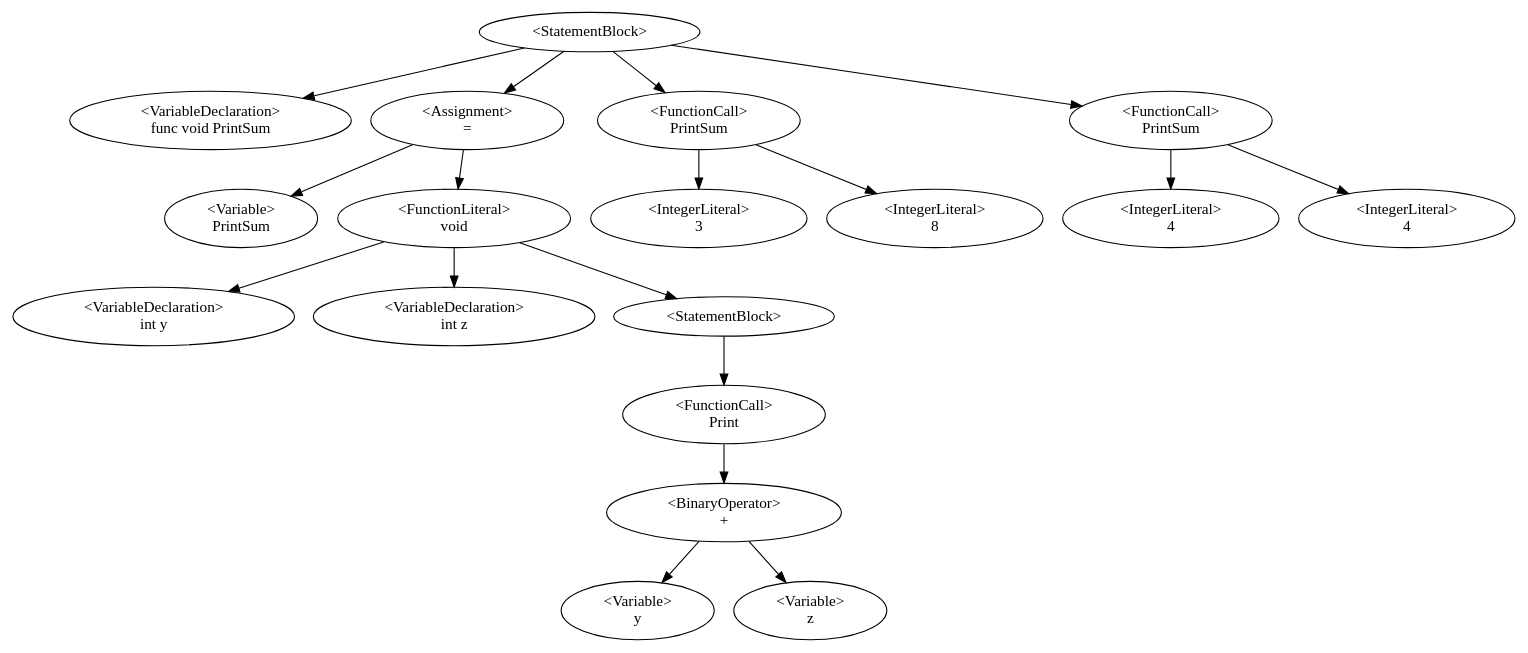
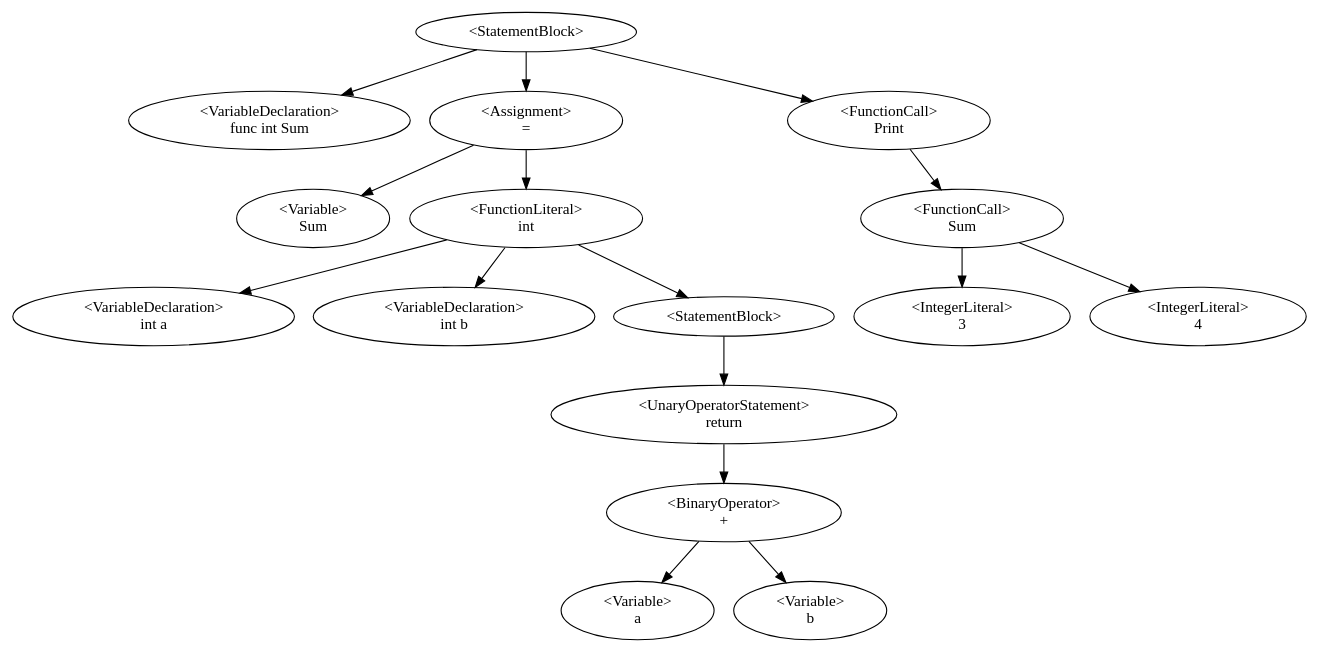
One commit to QazmoQwerty/dino changed the diagram in Dino/Dino/AstDisplay.gv. Above: the diagram before and after it, drawn with Graphviz. The commit also changed 2 other files, not shown here.

Commit message:
added support for return statement

```diff
--- a/Dino/Dino/AstDisplay.gv
+++ b/Dino/Dino/AstDisplay.gv
@@ -1,21 +1,19 @@
 digraph G {
-0 [label="<StatementBlock>"];0->1;0->3;0->15;0->19;
-1 [label="<VariableDeclaration>\nfunc void PrintSum"];
+0 [label="<StatementBlock>"];0->1;0->3;0->14;
+1 [label="<VariableDeclaration>\nfunc int Sum"];
 3 [label="<Assignment>\n="];3->2;3->7;
-2 [label="<Variable>\nPrintSum"];
+2 [label="<Variable>\nSum"];
 7 [label="<FunctionLiteral>
-void"];7->4;7->6;7->8;
-4 [label="<VariableDeclaration>\nint y"];
-6 [label="<VariableDeclaration>\nint z"];
-8 [label="<StatementBlock>"];8->10;
-10 [label="<FunctionCall>\nPrint"];10->12;
-12 [label="<BinaryOperator>\n+"];12->11;12->13;
-11 [label="<Variable>\ny"];
-13 [label="<Variable>\nz"];
-15 [label="<FunctionCall>\nPrintSum"];15->16;15->17;
-16 [label="<IntegerLiteral>\n3"];
-17 [label="<IntegerLiteral>\n8"];
-19 [label="<FunctionCall>\nPrintSum"];19->20;19->21;
-20 [label="<IntegerLiteral>\n4"];
-21 [label="<IntegerLiteral>\n4"];
+int"];7->4;7->6;7->8;
+4 [label="<VariableDeclaration>\nint a"];
+6 [label="<VariableDeclaration>\nint b"];
+8 [label="<StatementBlock>"];8->9;
+9 [label="<UnaryOperatorStatement>\nreturn"];9->11;
+11 [label="<BinaryOperator>\n+"];11->10;11->12;
+10 [label="<Variable>\na"];
+12 [label="<Variable>\nb"];
+14 [label="<FunctionCall>\nPrint"];14->16;
+16 [label="<FunctionCall>\nSum"];16->17;16->18;
+17 [label="<IntegerLiteral>\n3"];
+18 [label="<IntegerLiteral>\n4"];
 }
```
